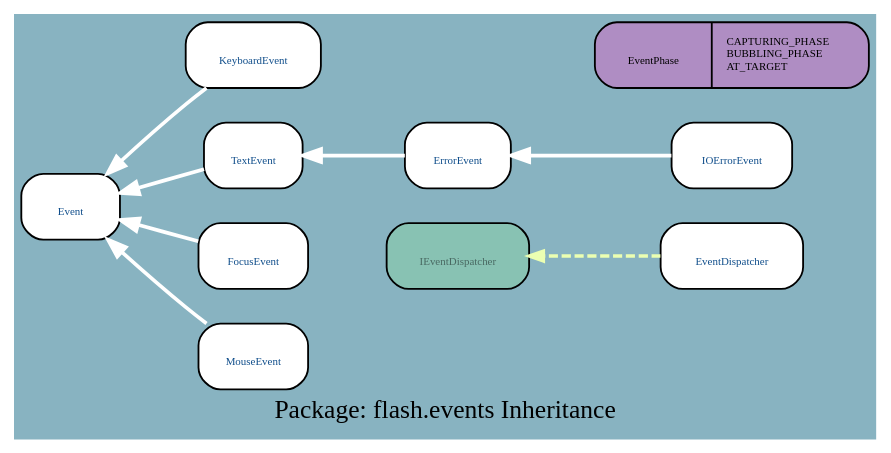
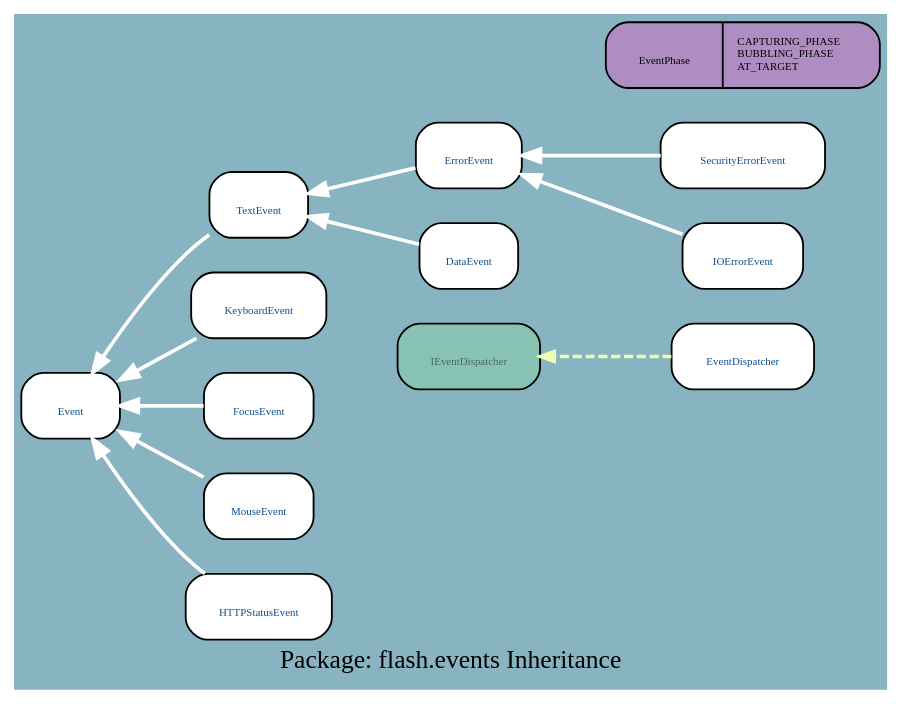
Before and after one commit to google-code-export/haxegui: the diagram in docs/uml/flash.events_I.dot, drawn with Graphviz. The commit also changed 160 other files, not shown here.

```diff
--- a/docs/uml/flash.events_I.dot
+++ b/docs/uml/flash.events_I.dot
@@ -1,24 +1,30 @@
 digraph uml {
 	graph [label="Package: flash.events Inheritance", ratio=compress, rankdir=RL, smoothing=avg_dist, overlap=compress, packMode="graph", labelloc=c, fontname="DejaVu Sans Condenesed", fontsize=14, bgcolor="#88B3C1", fontcolor=black];
 	node [label="\N", style="rounded,filled", fillcolor="#96c288", fontcolor="#104E8B", fontname="FFF Harmony", fontsize=6, shape=record, color=black];
 	edge [fontname=Sans, fontsize=8, minlen="1.2", color=black, fontcolor=black];
-	graph [lp="233,12",
-		bb="0,0,466,223"];
-	"flash.events.IEventDispatcher" [label="{\nIEventDispatcher}", fillcolor="#88c2b3", fontcolor="#496962", URL="../types/flash/events/IEventDispatcher.html", tooltip="\nIEventDispatcher", portPos=w, pos="240,97", rects="201,79,280,115", width="1.08", height="0.50"];
-	"flash.events.EventDispatcher" [label="{\nEventDispatcher}", fillcolor=white, URL="../types/flash/events/EventDispatcher.html", tooltip="\nEventDispatcher", portPos=w, pos="391,97", rects="352,79,430,115", width="1.08", height="0.50"];
-	"flash.events.Event" [label="{\nEvent}", fillcolor=white, URL="../types/flash/events/Event.html", tooltip="\nEvent", portPos=w, pos="27,124", rects="0,106,54,142", width="0.75", height="0.50"];
-	"flash.events.KeyboardEvent" [label="{\nKeyboardEvent}", fillcolor=white, URL="../types/flash/events/KeyboardEvent.html", tooltip="\nKeyboardEvent", portPos=w, pos="127,205", rects="90,187,164,223", width="1.03", height="0.50"];
-	"flash.events.TextEvent" [label="{\nTextEvent}", fillcolor=white, URL="../types/flash/events/TextEvent.html", tooltip="\nTextEvent", portPos=w, pos="127,151", rects="100,133,154,169", width="0.75", height="0.50"];
-	"flash.events.ErrorEvent" [label="{\nErrorEvent}", fillcolor=white, URL="../types/flash/events/ErrorEvent.html", tooltip="\nErrorEvent", portPos=w, pos="240,151", rects="211,133,270,169", width="0.81", height="0.50"];
-	"flash.events.IOErrorEvent" [label="{\nIOErrorEvent}", fillcolor=white, URL="../types/flash/events/IOErrorEvent.html", tooltip="\nIOErrorEvent", portPos=w, pos="391,151", rects="358,133,424,169", width="0.92", height="0.50"];
-	"flash.events.FocusEvent" [label="{\nFocusEvent}", fillcolor=white, URL="../types/flash/events/FocusEvent.html", tooltip="\nFocusEvent", portPos=w, pos="127,97", rects="97,79,157,115", width="0.83", height="0.50"];
-	"flash.events.MouseEvent" [label="{\nMouseEvent}", fillcolor=white, URL="../types/flash/events/MouseEvent.html", tooltip="\nMouseEvent", portPos=w, pos="127,43", rects="97,25,158,61", width="0.83", height="0.50"];
-	"flash.events.EventPhase" [label="{\nEventPhase|CAPTURING_PHASE\lBUBBLING_PHASE\lAT_TARGET\l}", fillcolor="#af8dc3", fontcolor=black, pos="391,205", rects="316,187,376,223 376,187,466,223", width="2.08", height="0.50"];
-	"flash.events.EventDispatcher" -> "flash.events.IEventDispatcher" [color="#ebffb2", style="dashed, bold", arrowhead=normal, arrowsize="0.75", pos="e,280,97 352,97 332,97 308,97 288,97"];
-	"flash.events.KeyboardEvent" -> "flash.events.Event" [color=white, style=bold, arrowhead=normal, arrowsize="1.0", pos="e,47,142 102,187 98,184 94,181 90,178 78,168 66,158 55,149"];
-	"flash.events.TextEvent" -> "flash.events.Event" [color=white, style=bold, arrowhead=normal, arrowsize="1.0", pos="e,54,132 100,144 89,141 76,137 64,134"];
-	"flash.events.ErrorEvent" -> "flash.events.TextEvent" [color=white, style=bold, arrowhead=normal, arrowsize="1.0", pos="e,154,151 211,151 196,151 179,151 164,151"];
-	"flash.events.IOErrorEvent" -> "flash.events.ErrorEvent" [color=white, style=bold, arrowhead=normal, arrowsize="1.0", pos="e,270,151 358,151 335,151 304,151 280,151"];
-	"flash.events.FocusEvent" -> "flash.events.Event" [color=white, style=bold, arrowhead=normal, arrowsize="1.0", pos="e,54,117 97,105 87,108 75,111 64,114"];
-	"flash.events.MouseEvent" -> "flash.events.Event" [color=white, style=bold, arrowhead=normal, arrowsize="1.0", pos="e,47,106 102,61 98,64 94,67 90,70 78,80 66,90 55,99"];
+	graph [lp="237,12",
+		bb="0,0,474,385"];
+	"flash.events.IEventDispatcher" [label="{\nIEventDispatcher}", fillcolor="#88c2b3", fontcolor="#496962", URL="../types/flash/events/IEventDispatcher.html", tooltip="\nIEventDispatcher", portPos=w, pos="248,178", rects="209,160,288,196", width="1.08", height="0.50"];
+	"flash.events.EventDispatcher" [label="{\nEventDispatcher}", fillcolor=white, URL="../types/flash/events/EventDispatcher.html", tooltip="\nEventDispatcher", portPos=w, pos="399,178", rects="360,160,438,196", width="1.08", height="0.50"];
+	"flash.events.Event" [label="{\nEvent}", fillcolor=white, URL="../types/flash/events/Event.html", tooltip="\nEvent", portPos=w, pos="27,151", rects="0,133,54,169", width="0.75", height="0.50"];
+	"flash.events.TextEvent" [label="{\nTextEvent}", fillcolor=white, URL="../types/flash/events/TextEvent.html", tooltip="\nTextEvent", portPos=w, pos="131,259", rects="104,241,158,277", width="0.75", height="0.50"];
+	"flash.events.ErrorEvent" [label="{\nErrorEvent}", fillcolor=white, URL="../types/flash/events/ErrorEvent.html", tooltip="\nErrorEvent", portPos=w, pos="248,286", rects="219,268,278,304", width="0.81", height="0.50"];
+	"flash.events.SecurityErrorEvent" [label="{\nSecurityErrorEvent}", fillcolor=white, URL="../types/flash/events/SecurityErrorEvent.html", tooltip="\nSecurityErrorEvent", portPos=w, pos="399,313", rects="354,295,444,331", width="1.25", height="0.50"];
+	"flash.events.KeyboardEvent" [label="{\nKeyboardEvent}", fillcolor=white, URL="../types/flash/events/KeyboardEvent.html", tooltip="\nKeyboardEvent", portPos=w, pos="131,205", rects="94,187,168,223", width="1.03", height="0.50"];
+	"flash.events.IOErrorEvent" [label="{\nIOErrorEvent}", fillcolor=white, URL="../types/flash/events/IOErrorEvent.html", tooltip="\nIOErrorEvent", portPos=w, pos="399,259", rects="366,241,432,277", width="0.92", height="0.50"];
+	"flash.events.DataEvent" [label="{\nDataEvent}", fillcolor=white, URL="../types/flash/events/DataEvent.html", tooltip="\nDataEvent", portPos=w, pos="248,232", rects="221,214,276,250", width="0.75", height="0.50"];
+	"flash.events.FocusEvent" [label="{\nFocusEvent}", fillcolor=white, URL="../types/flash/events/FocusEvent.html", tooltip="\nFocusEvent", portPos=w, pos="131,151", rects="101,133,161,169", width="0.83", height="0.50"];
+	"flash.events.MouseEvent" [label="{\nMouseEvent}", fillcolor=white, URL="../types/flash/events/MouseEvent.html", tooltip="\nMouseEvent", portPos=w, pos="131,97", rects="101,79,162,115", width="0.83", height="0.50"];
+	"flash.events.EventPhase" [label="{\nEventPhase|CAPTURING_PHASE\lBUBBLING_PHASE\lAT_TARGET\l}", fillcolor="#af8dc3", fontcolor=black, pos="399,367", rects="324,349,384,385 384,349,474,385", width="2.08", height="0.50"];
+	"flash.events.HTTPStatusEvent" [label="{\nHTTPStatusEvent}", fillcolor=white, URL="../types/flash/events/HTTPStatusEvent.html", tooltip="\nHTTPStatusEvent", portPos=w, pos="131,43", rects="91,25,172,61", width="1.11", height="0.50"];
+	"flash.events.EventDispatcher" -> "flash.events.IEventDispatcher" [color="#ebffb2", style="dashed, bold", arrowhead=normal, arrowsize="0.75", pos="e,288,178 360,178 340,178 316,178 296,178"];
+	"flash.events.TextEvent" -> "flash.events.Event" [color=white, style=bold, arrowhead=normal, arrowsize="1.0", pos="e,38,169 104,242 99,239 94,236 90,232 72,216 56,194 44,177"];
+	"flash.events.ErrorEvent" -> "flash.events.TextEvent" [color=white, style=bold, arrowhead=normal, arrowsize="1.0", pos="e,158,265 219,279 203,276 184,271 168,267"];
+	"flash.events.SecurityErrorEvent" -> "flash.events.ErrorEvent" [color=white, style=bold, arrowhead=normal, arrowsize="1.0", pos="e,278,291 354,305 333,302 308,297 288,293"];
+	"flash.events.KeyboardEvent" -> "flash.events.Event" [color=white, style=bold, arrowhead=normal, arrowsize="1.0", pos="e,54,165 96,187 85,182 74,176 63,170"];
+	"flash.events.IOErrorEvent" -> "flash.events.ErrorEvent" [color=white, style=bold, arrowhead=normal, arrowsize="1.0", pos="e,278,281 366,265 343,269 312,275 288,279"];
+	"flash.events.DataEvent" -> "flash.events.TextEvent" [color=white, style=bold, arrowhead=normal, arrowsize="1.0", pos="e,158,253 221,238 205,241 185,246 168,250"];
+	"flash.events.FocusEvent" -> "flash.events.Event" [color=white, style=bold, arrowhead=normal, arrowsize="1.0", pos="e,54,151 101,151 89,151 76,151 64,151"];
+	"flash.events.MouseEvent" -> "flash.events.Event" [color=white, style=bold, arrowhead=normal, arrowsize="1.0", pos="e,54,137 101,113 89,119 75,126 63,133"];
+	"flash.events.HTTPStatusEvent" -> "flash.events.Event" [color=white, style=bold, arrowhead=normal, arrowsize="1.0", pos="e,38,133 101,61 97,64 94,67 90,70 72,86 56,108 44,125"];
 }
```
